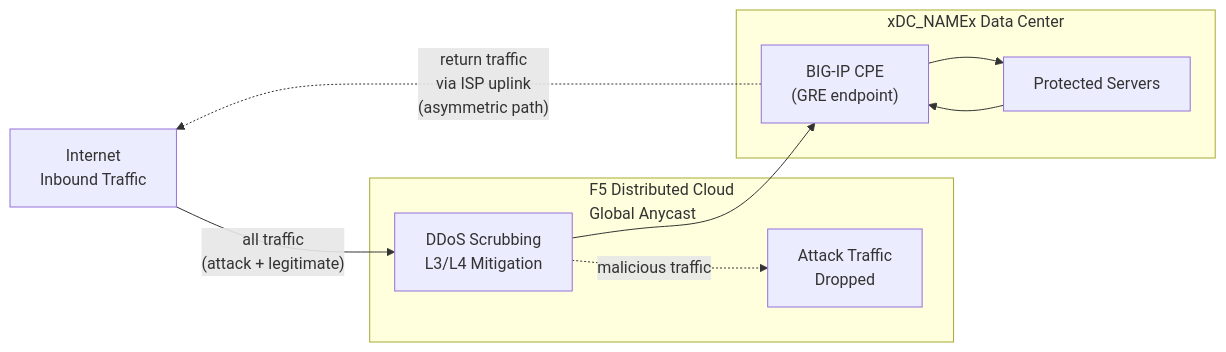
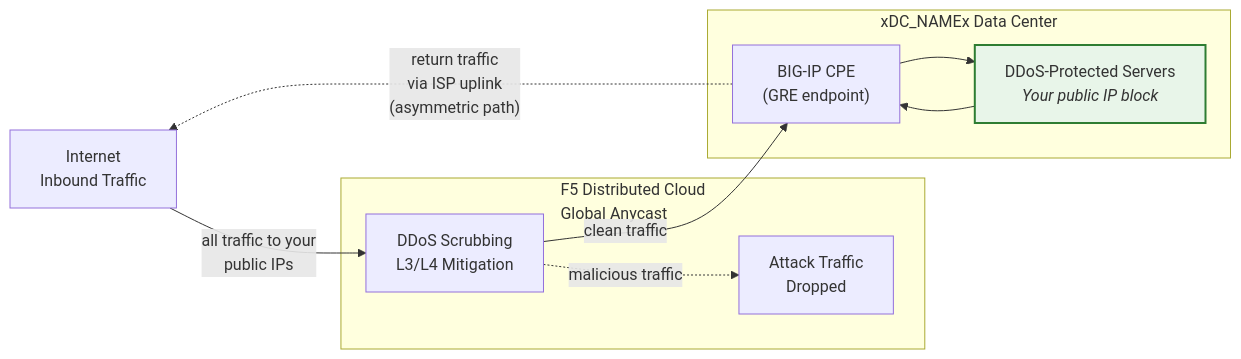
Before and after one commit to robinmordasiewicz/f5xc-bigip-ddos-gre: the first of 4 diagrams in docs/index.md, drawn with Mermaid. The commit also changed other lines of this file and 1 other file, not shown here.

First line of the commit message:
docs: clarify DDoS-protected prefix configuration and BGP ASN defaults

````diff
--- a/docs/index.md
+++ b/docs/index.md
@@ -17,21 +17,23 @@
 ```mermaid
 flowchart LR
     INET["Internet<br/>Inbound Traffic"]
 
     subgraph XC["F5 Distributed Cloud<br/>Global Anycast"]
         SCRUB["DDoS Scrubbing<br/>L3/L4 Mitigation"]
         DROP["Attack Traffic<br/>Dropped"]
     end
 
     subgraph DC["xDC_NAMEx Data Center"]
         BIGIP["BIG-IP CPE<br/>(GRE endpoint)"]
-        SERVERS["Protected Servers"]
+        SERVERS["DDoS-Protected Servers<br/><i>Your public IP block</i>"]
     end
 
-    INET -->|"all traffic<br/>(attack + legitimate)"| SCRUB
-    SCRUB --> BIGIP
+    INET -->|"all traffic to your<br/>public IPs"| SCRUB
+    SCRUB -->|"clean traffic"| BIGIP
     SCRUB -.->|"malicious traffic"| DROP
     BIGIP --> SERVERS
     SERVERS --> BIGIP
     BIGIP -.->|"return traffic<br/>via ISP uplink<br/>(asymmetric path)"| INET
+
+    style SERVERS fill:#e8f5e9,stroke:#2e7d32,stroke-width:2px
 ```
````
